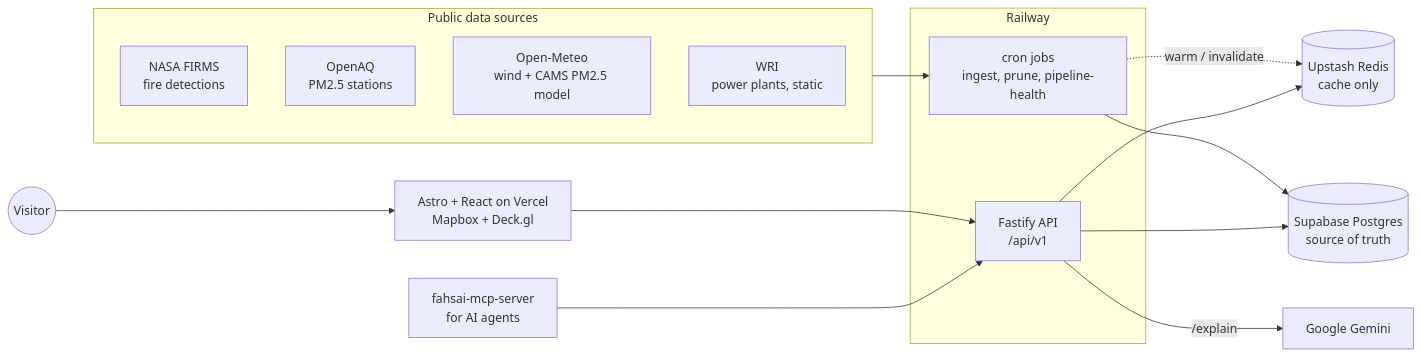
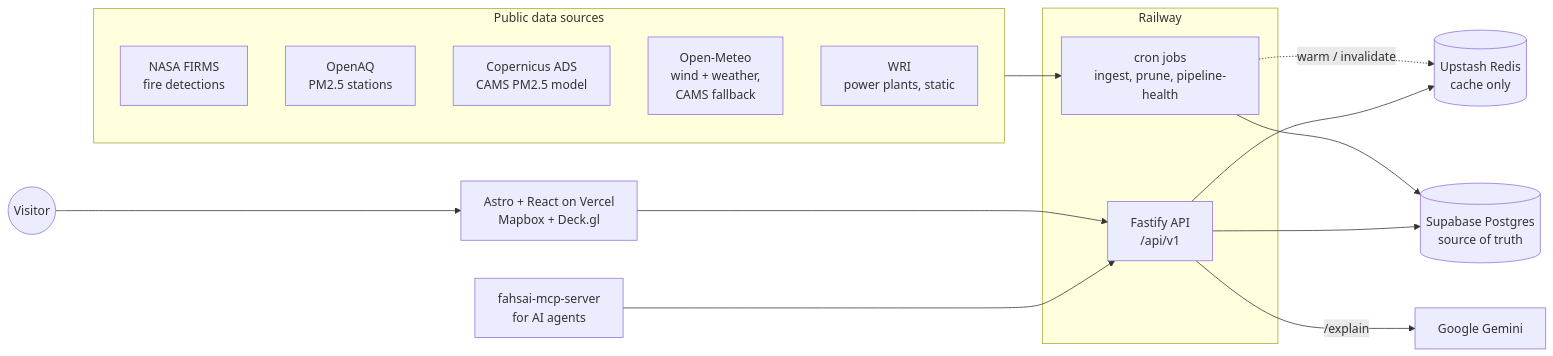
One commit to JoostKiens/fahsai changed the diagram in docs/architecture.md. Above: the diagram before and after it, drawn with Mermaid. The commit also changed other lines of this file and 5 other files, not shown here.

First line of the commit message:
docs: record the move of the CAMS grid to the Copernicus ADS (JOO-134)

````diff
--- a/docs/architecture.md
+++ b/docs/architecture.md
@@ -15,31 +15,32 @@
 ```mermaid
 flowchart LR
   subgraph sources [Public data sources]
     FIRMS[NASA FIRMS<br/>fire detections]
     OAQ[OpenAQ<br/>PM2.5 stations]
-    OM[Open-Meteo<br/>wind + CAMS PM2.5 model]
+    ADS[Copernicus ADS<br/>CAMS PM2.5 model]
+    OM[Open-Meteo<br/>wind + weather,<br/>CAMS fallback]
     WRI[WRI<br/>power plants, static]
   end
 
   subgraph railway [Railway]
     CRON[cron jobs<br/>ingest, prune, pipeline-health]
     API[Fastify API<br/>/api/v1]
   end
 
   DB[(Supabase Postgres<br/>source of truth)]
   REDIS[(Upstash Redis<br/>cache only)]
   GEMINI[Google Gemini]
 
   SPA[Astro + React on Vercel<br/>Mapbox + Deck.gl]
   MCP[fahsai-mcp-server<br/>for AI agents]
   USER((Visitor))
 
   sources --> CRON --> DB
   CRON -. warm / invalidate .-> REDIS
   API --> REDIS
   API --> DB
   API -- /explain --> GEMINI
   SPA --> API
   MCP --> API
   USER --> SPA
 ```
````
